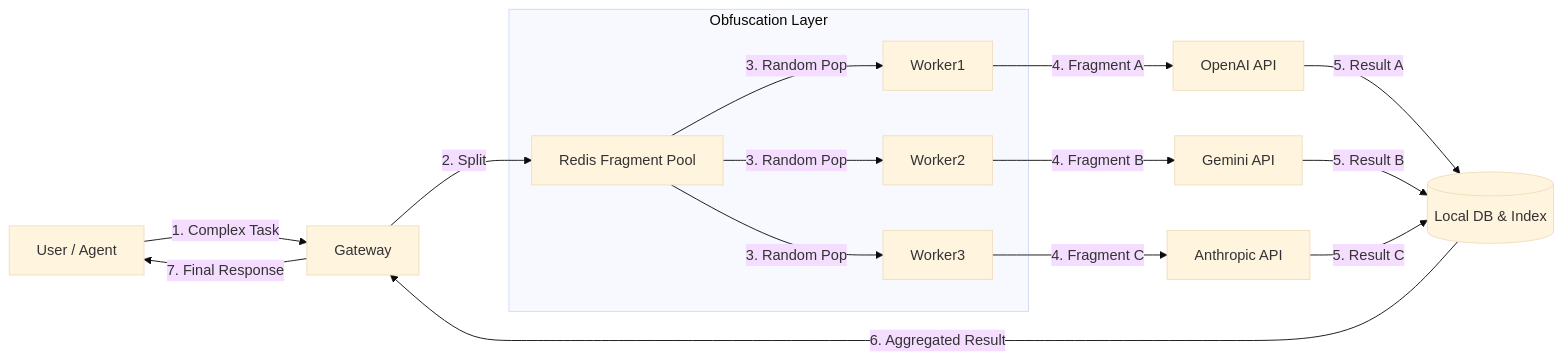
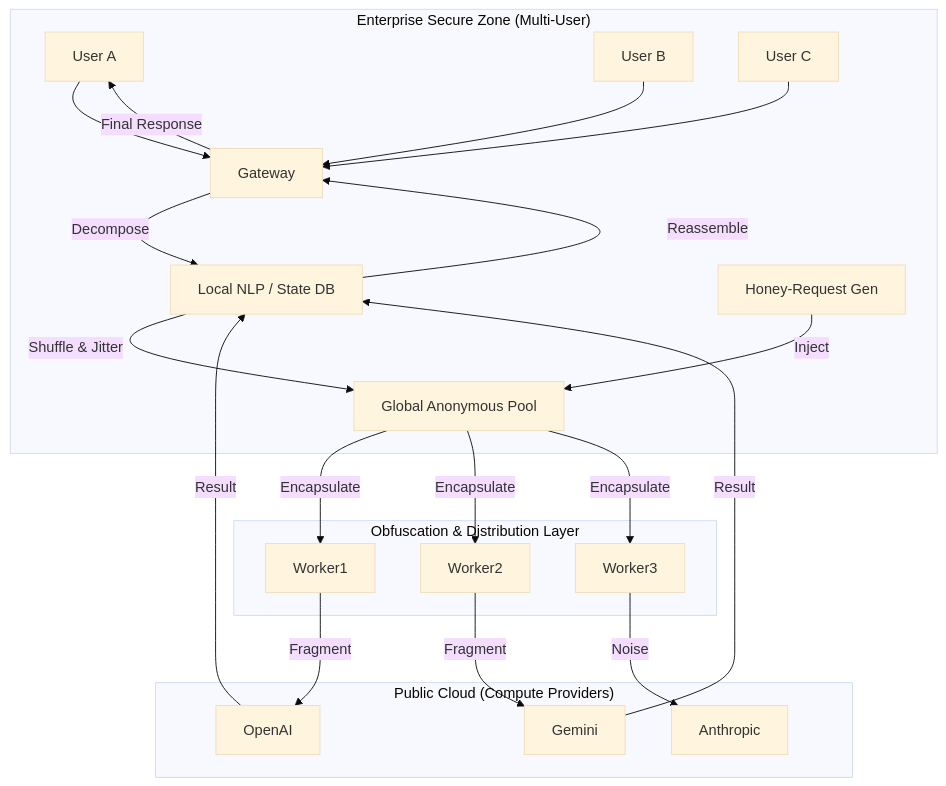
One commit to gtr4321/ShadowMixer changed the first of 2 diagrams in README.md. Above: the diagram before and after it, drawn with Mermaid (base theme). The commit also changed other lines of this file, not shown here.

````diff
--- a/README.md
+++ b/README.md
@@ -38,22 +42,29 @@
 ```mermaid
-graph LR
-    User[User / Agent] -->|1. Complex Task| Gateway
-    Gateway -->|2. Split| FragmentQueue[Redis Fragment Pool]
-    
-    subgraph "Obfuscation Layer"
-        FragmentQueue -->|3. Random Pop| Worker1
-        FragmentQueue -->|3. Random Pop| Worker2
-        FragmentQueue -->|3. Random Pop| Worker3
+graph TD
+    subgraph "Enterprise Secure Zone (Multi-User)"
+        U1[User A] --> Gateway
+        U2[User B] --> Gateway
+        U3[User C] --> Gateway
+        Gateway -->|Decompose| LocalEngine[Local NLP / State DB]
+        LocalEngine -->|Shuffle & Jitter| FragmentPool[Global Anonymous Pool]
+        Noise[Honey-Request Gen] -->|Inject| FragmentPool
     end
-    
-    Worker1 -->|4. Fragment A| OpenAI[OpenAI API]
-    Worker2 -->|4. Fragment B| Gemini[Gemini API]
-    Worker3 -->|4. Fragment C| Anthropic[Anthropic API]
-    
-    OpenAI -->|5. Result A| DB[(Local DB & Index)]
-    Gemini -->|5. Result B| DB
-    Anthropic -->|5. Result C| DB
-    
-    DB -->|6. Aggregated Result| Gateway
-    Gateway -->|7. Final Response| User
+     
+    subgraph "Obfuscation & Distribution Layer"
+        FragmentPool -->|Encapsulate| Worker1
+        FragmentPool -->|Encapsulate| Worker2
+        FragmentPool -->|Encapsulate| Worker3
+    end
+     
+    subgraph "Public Cloud (Compute Providers)"
+        Worker1 -->|Fragment| OpenAI
+        Worker2 -->|Fragment| Gemini
+        Worker3 -->|Noise| Anthropic
+    end
+     
+    OpenAI -->|Result| LocalEngine
+    Gemini -->|Result| LocalEngine
+     
+    LocalEngine -->|Reassemble| Gateway
+    Gateway -->|Final Response| U1
 ```
````
